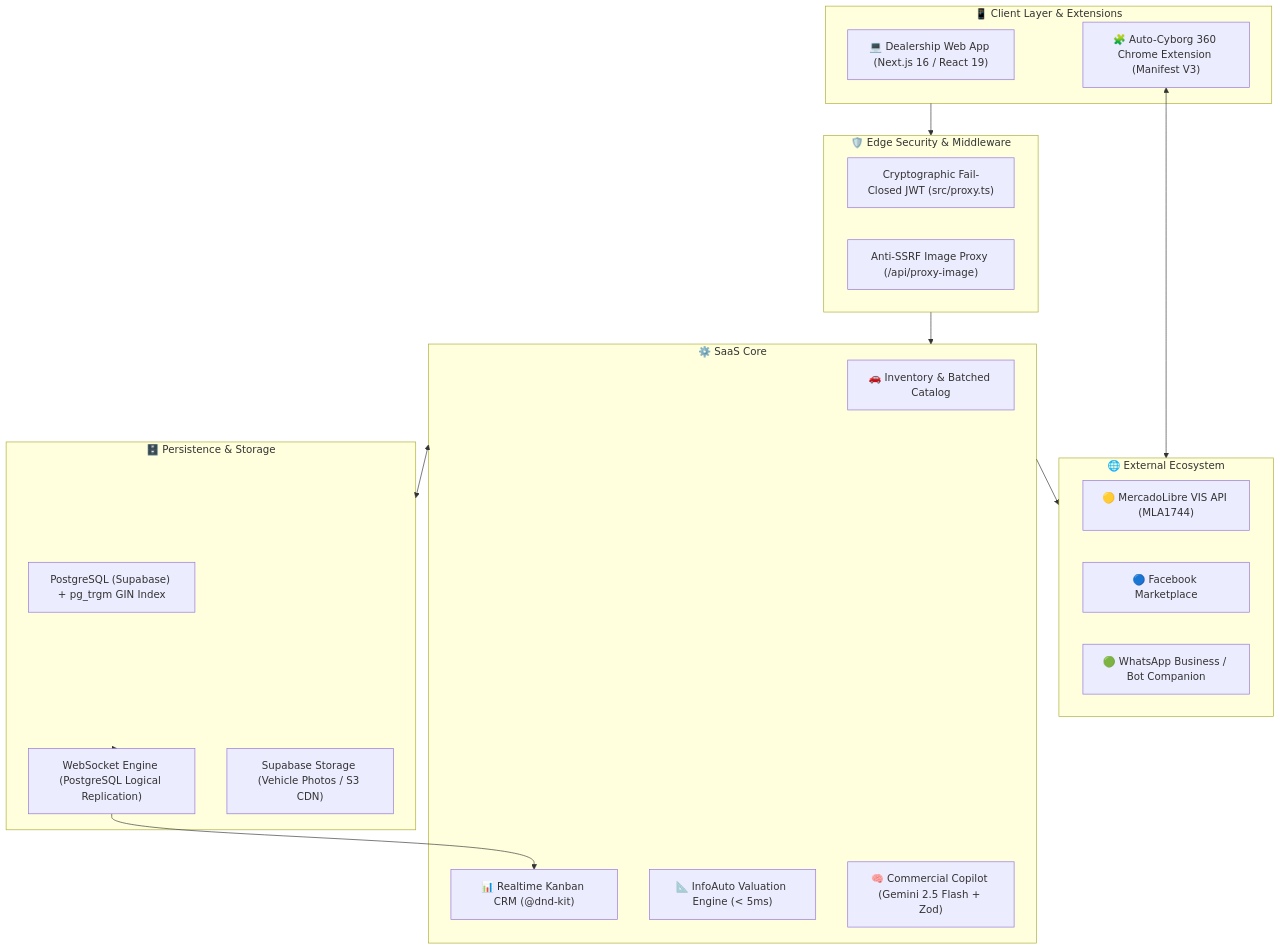
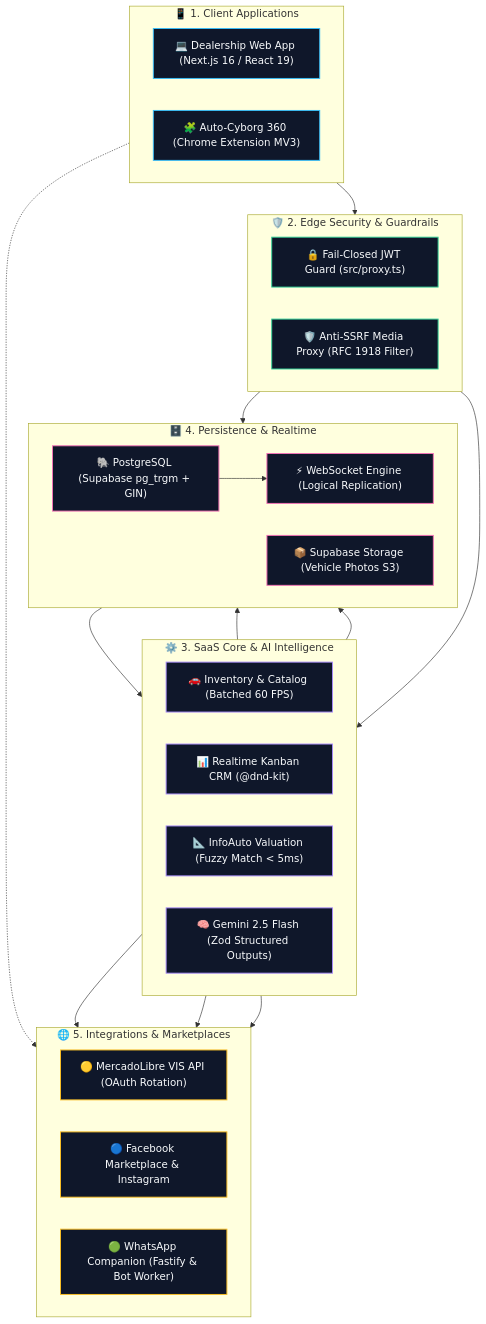
One commit to thomasskarp/autoapp changed the diagram in README.md. Above: the diagram before and after it, drawn with Mermaid. The commit also changed 9 other files, not shown here.

Commit message:
fix: compact architecture diagram, fix assistant db table target, and add missing extension assets and handlers

````diff
--- a/README.md
+++ b/README.md
@@ -30,38 +30,54 @@
 ```mermaid
-flowchart TB
-    subgraph CLIENTS ["📱 Client Layer & Extensions"]
-        WEB["💻 Dealership Web App (Next.js 16 / React 19)"]
-        EXT["🧩 Auto-Cyborg 360 Chrome Extension (Manifest V3)"]
+flowchart TD
+    classDef client fill:#0f172a,stroke:#38bdf8,stroke-width:1.5px,color:#f8fafc;
+    classDef security fill:#0f172a,stroke:#34d399,stroke-width:1.5px,color:#f8fafc;
+    classDef core fill:#0f172a,stroke:#a78bfa,stroke-width:1.5px,color:#f8fafc;
+    classDef data fill:#0f172a,stroke:#f472b6,stroke-width:1.5px,color:#f8fafc;
+    classDef channel fill:#0f172a,stroke:#fbbf24,stroke-width:1.5px,color:#f8fafc;
+
+    subgraph L1 ["📱 1. Client Applications"]
+        direction LR
+        WEB["💻 Dealership Web App (Next.js 16 / React 19)"]:::client
+        EXT["🧩 Auto-Cyborg 360 (Chrome Extension MV3)"]:::client
     end
 
-    subgraph SECURITY ["🛡️ Edge Security & Middleware"]
-        AUTH_GUARD["Cryptographic Fail-Closed JWT (src/proxy.ts)"]
-        SSRF_GUARD["Anti-SSRF Image Proxy (/api/proxy-image)"]
+    subgraph L2 ["🛡️ 2. Edge Security & Guardrails"]
+        direction LR
+        AUTH["🔒 Fail-Closed JWT Guard (src/proxy.ts)"]:::security
+        SSRF["🛡️ Anti-SSRF Media Proxy (RFC 1918 Filter)"]:::security
     end
 
-    subgraph CORE ["⚙️ SaaS Core"]
-        STOCK["🚗 Inventory & Batched Catalog"]
-        CRM["📊 Realtime Kanban CRM (@dnd-kit)"]
-        VALUATION["📐 InfoAuto Valuation Engine (< 5ms)"]
-        AI_ENGINE["🧠 Commercial Copilot (Gemini 2.5 Flash + Zod)"]
+    subgraph L3 ["⚙️ 3. SaaS Core & AI Intelligence"]
+        direction LR
+        STOCK["🚗 Inventory & Catalog (Batched 60 FPS)"]:::core
+        CRM["📊 Realtime Kanban CRM (@dnd-kit)"]:::core
+        VAL["📐 InfoAuto Valuation (Fuzzy Match < 5ms)"]:::core
+        AI["🧠 Gemini 2.5 Flash (Zod Structured Outputs)"]:::core
     end
 
-    subgraph DATA ["🗄️ Persistence & Storage"]
-        PG["PostgreSQL (Supabase) + pg_trgm GIN Index"]
-        REALTIME["WebSocket Engine (PostgreSQL Logical Replication)"]
-        STORAGE["Supabase Storage (Vehicle Photos / S3 CDN)"]
+    subgraph L4 ["🗄️ 4. Persistence & Realtime"]
+        direction LR
+        PG["🐘 PostgreSQL (Supabase pg_trgm + GIN)"]:::data
+        RT["⚡ WebSocket Engine (Logical Replication)"]:::data
+        S3["📦 Supabase Storage (Vehicle Photos S3)"]:::data
     end
 
-    subgraph CHANNELS ["🌐 External Ecosystem"]
-        MELI["🟡 MercadoLibre VIS API (MLA1744)"]
-        FB["🔵 Facebook Marketplace"]
-        WA["🟢 WhatsApp Business / Bot Companion"]
+    subgraph L5 ["🌐 5. Integrations & Marketplaces"]
+        direction LR
+        MELI["🟡 MercadoLibre VIS API (OAuth Rotation)"]:::channel
+        FB["🔵 Facebook Marketplace & Instagram"]:::channel
+        WA["🟢 WhatsApp Companion (Fastify & Bot Worker)"]:::channel
     end
 
-    CLIENTS --> SECURITY
-    SECURITY --> CORE
-    CORE <--> DATA
-    DATA --> REALTIME --> CRM
-    CORE --> CHANNELS
-    EXT <--> CHANNELS
+    WEB --> L2
+    L2 --> L3
+    STOCK --> PG
+    VAL --> PG
+    PG --> RT
+    RT --> CRM
+    SSRF --> S3
+    STOCK --> MELI
+    STOCK --> FB
+    CRM --> WA
+    EXT -.-> FB
 ```
````
